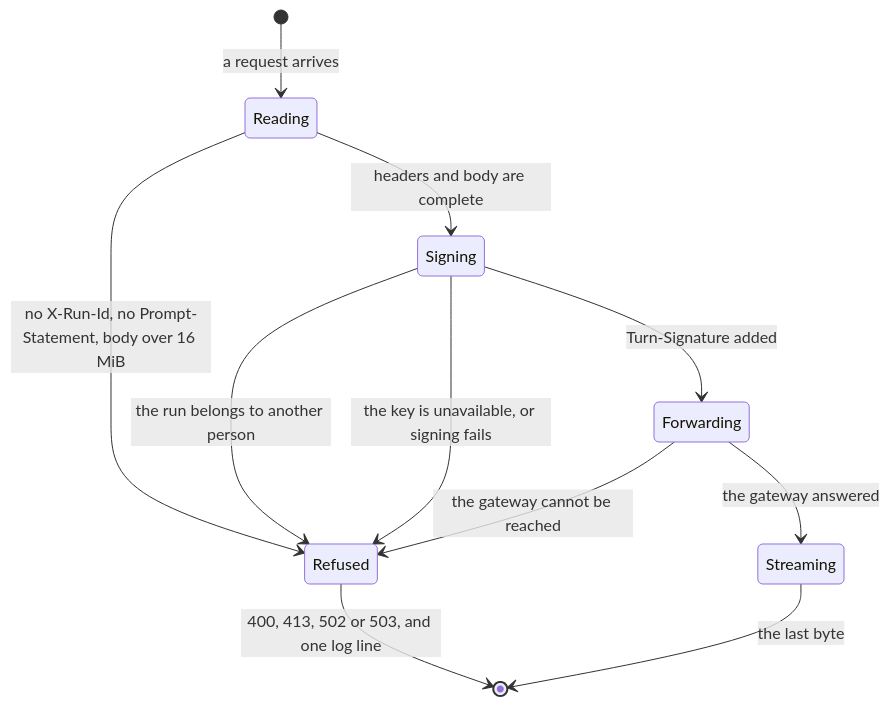
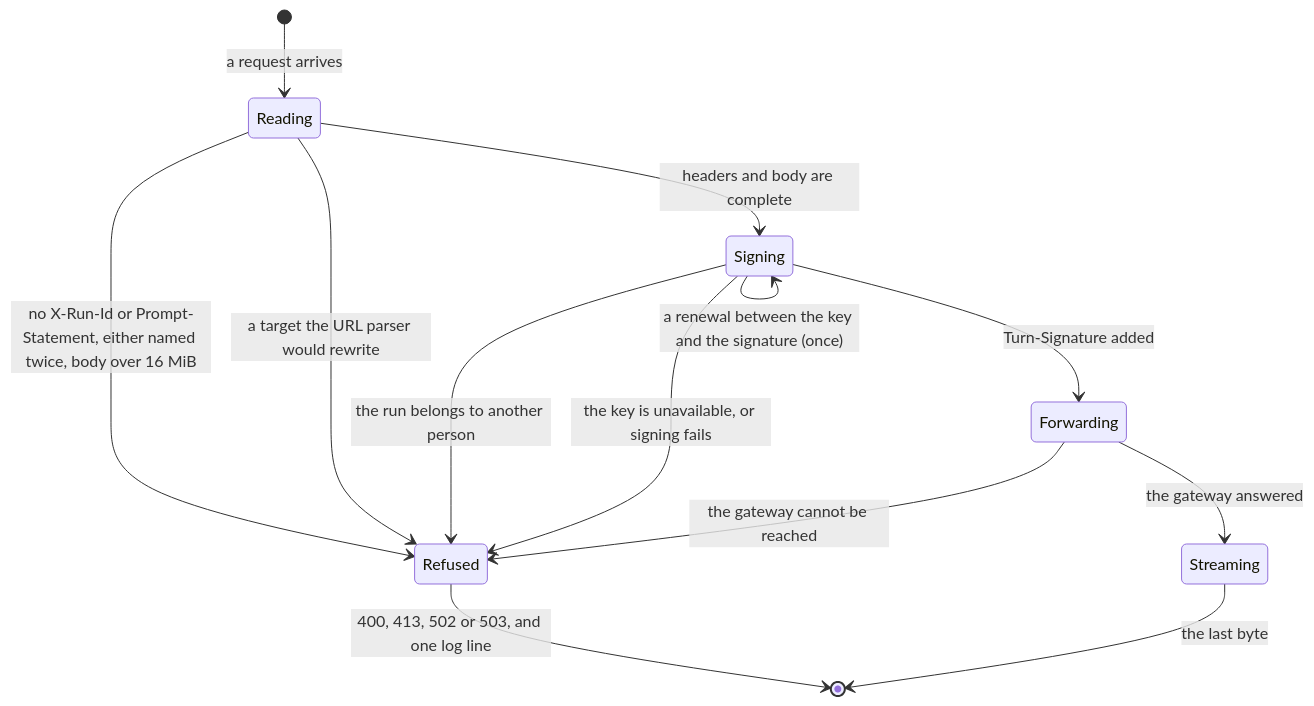
One commit to vymalo/another-adam-rs changed the second of 2 diagrams in bin/run-signer/README.md. Above: the diagram before and after it, drawn with Mermaid. The commit also changed other lines of this file and 25 other files, not shown here.

````diff
--- a/bin/run-signer/README.md
+++ b/bin/run-signer/README.md
@@ -41,13 +42,15 @@
 ```mermaid
 stateDiagram-v2
     [*] --> Reading: a request arrives
-    Reading --> Refused: no X-Run-Id, no Prompt-Statement, body over 16 MiB
+    Reading --> Refused: no X-Run-Id or Prompt-Statement, either named twice, body over 16 MiB
+    Reading --> Refused: a target the URL parser would rewrite
     Reading --> Signing: headers and body are complete
     Signing --> Refused: the run belongs to another person
     Signing --> Refused: the key is unavailable, or signing fails
+    Signing --> Signing: a renewal between the key and the signature (once)
     Signing --> Forwarding: Turn-Signature added
     Forwarding --> Refused: the gateway cannot be reached
     Forwarding --> Streaming: the gateway answered
     Streaming --> [*]: the last byte
     Refused --> [*]: 400, 413, 502 or 503, and one log line
 ```
````
